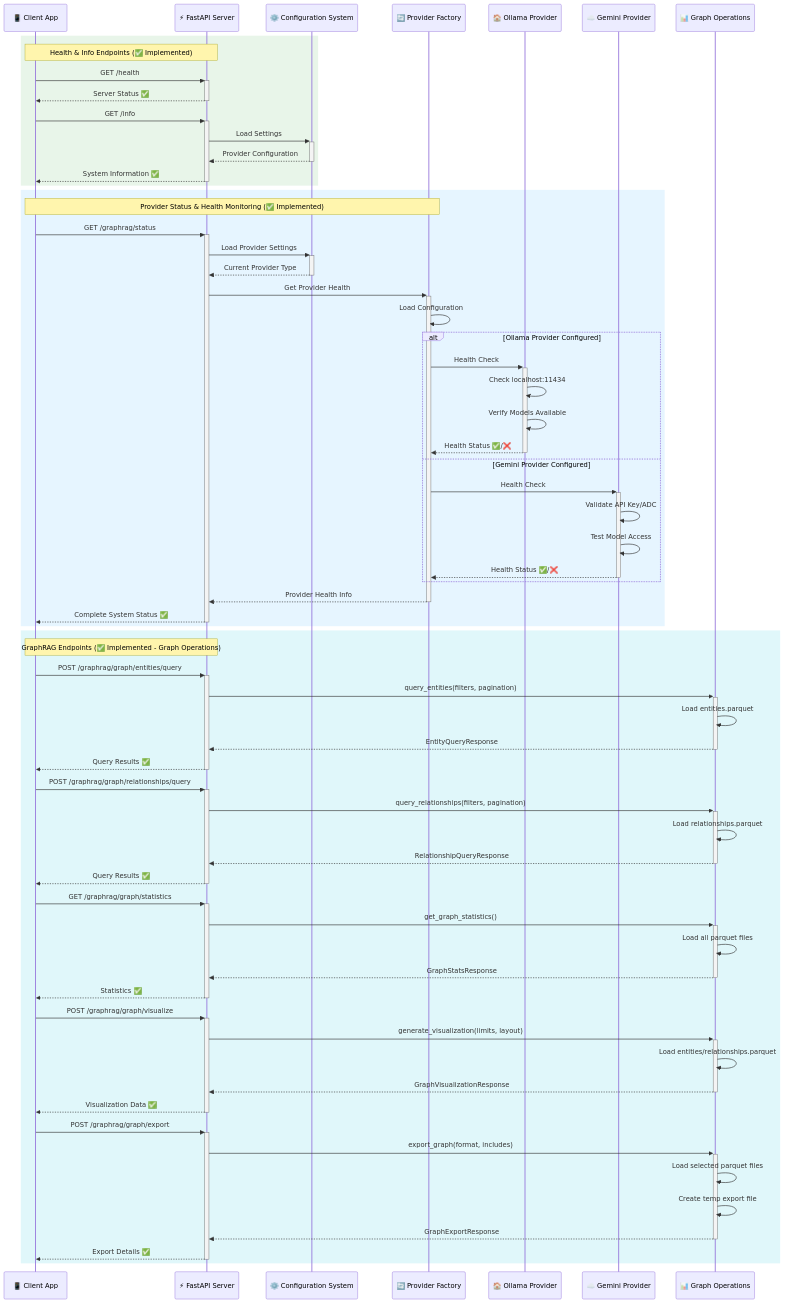
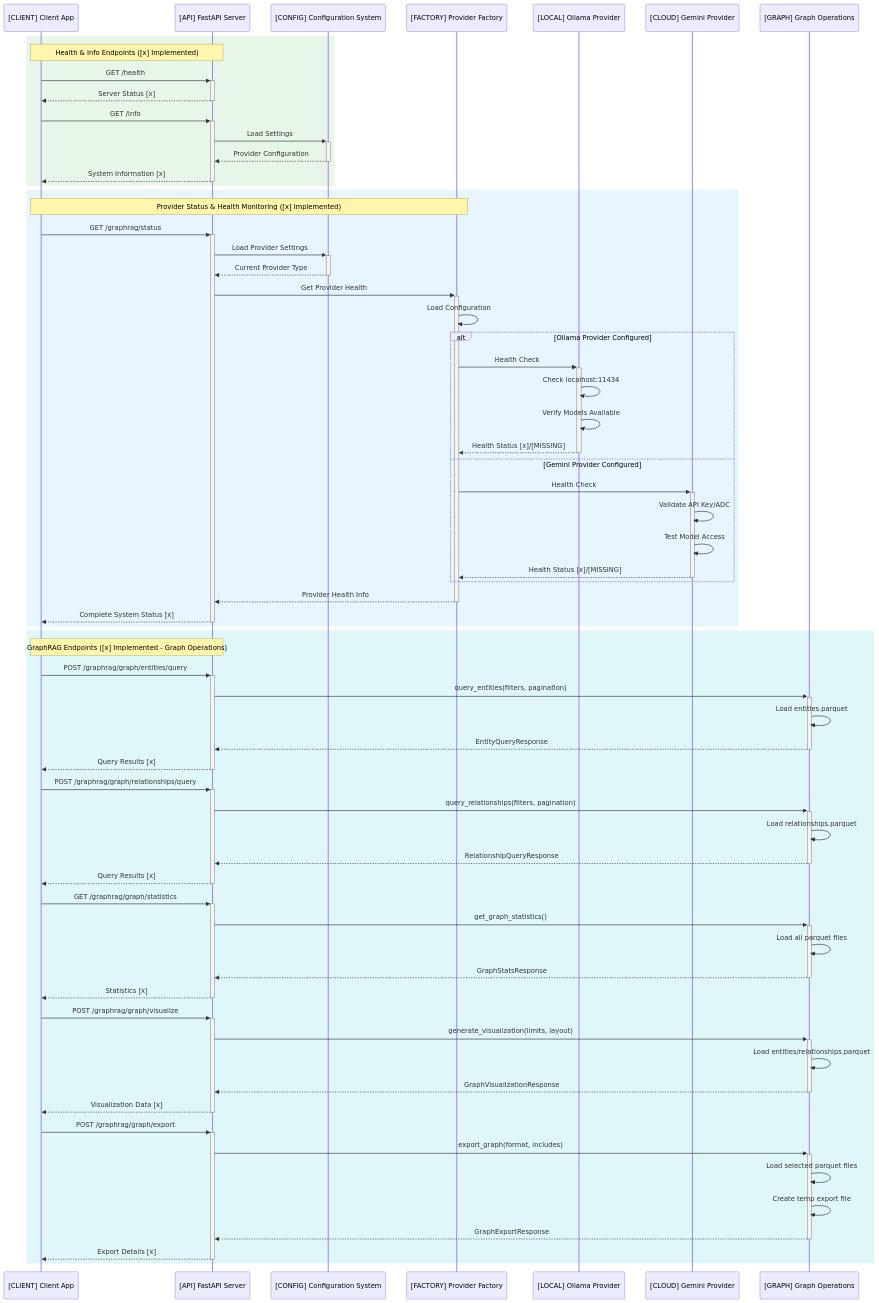
Before and after one commit to pierregrothe/graphrag-api: the second of 3 diagrams in README.md, drawn with Mermaid. The commit also changed other lines of this file and 6 other files, not shown here.

````diff
--- a/README.md
+++ b/README.md
@@ -178,80 +178,80 @@
 ```mermaid
 sequenceDiagram
-    participant Client as 📱 Client App
-    participant API as ⚡ FastAPI Server
-    participant Config as ⚙️ Configuration System
-    participant Factory as 🔄 Provider Factory
-    participant Ollama as 🏠 Ollama Provider
-    participant Gemini as ☁️ Gemini Provider
-    participant GraphOps as 📊 Graph Operations
+    participant Client as [CLIENT] Client App
+    participant API as [API] FastAPI Server
+    participant Config as [CONFIG] Configuration System
+    participant Factory as [FACTORY] Provider Factory
+    participant Ollama as [LOCAL] Ollama Provider
+    participant Gemini as [CLOUD] Gemini Provider
+    participant GraphOps as [GRAPH] Graph Operations
 
     rect rgb(232, 245, 233)
-        Note over Client,API: Health & Info Endpoints (✅ Implemented)
+        Note over Client,API: Health & Info Endpoints ([x] Implemented)
         Client->>+API: GET /health
-        API-->>-Client: Server Status ✅
+        API-->>-Client: Server Status [x]
 
         Client->>+API: GET /info
         API->>+Config: Load Settings
         Config-->>-API: Provider Configuration
-        API-->>-Client: System Information ✅
+        API-->>-Client: System Information [x]
     end
 
     rect rgb(230, 245, 255)
-        Note over Client,Factory: Provider Status & Health Monitoring (✅ Implemented)
+        Note over Client,Factory: Provider Status & Health Monitoring ([x] Implemented)
         Client->>+API: GET /graphrag/status
         API->>+Config: Load Provider Settings
         Config-->>-API: Current Provider Type
 
         API->>+Factory: Get Provider Health
         Factory->>Factory: Load Configuration
 
         alt Ollama Provider Configured
             Factory->>+Ollama: Health Check
             Ollama->>Ollama: Check localhost:11434
             Ollama->>Ollama: Verify Models Available
-            Ollama-->>-Factory: Health Status ✅/❌
+            Ollama-->>-Factory: Health Status [x]/[MISSING]
         else Gemini Provider Configured
             Factory->>+Gemini: Health Check
             Gemini->>Gemini: Validate API Key/ADC
             Gemini->>Gemini: Test Model Access
-            Gemini-->>-Factory: Health Status ✅/❌
+            Gemini-->>-Factory: Health Status [x]/[MISSING]
         end
 
         Factory-->>-API: Provider Health Info
-        API-->>-Client: Complete System Status ✅
+        API-->>-Client: Complete System Status [x]
     end
 
     rect rgb(224, 247, 250)
-        Note over Client,API: GraphRAG Endpoints (✅ Implemented - Graph Operations)
+        Note over Client,API: GraphRAG Endpoints ([x] Implemented - Graph Operations)
         Client->>+API: POST /graphrag/graph/entities/query
         API->>+GraphOps: query_entities(filters, pagination)
         GraphOps->>GraphOps: Load entities.parquet
         GraphOps-->>-API: EntityQueryResponse
-        API-->>-Client: Query Results ✅
+        API-->>-Client: Query Results [x]
 
         Client->>+API: POST /graphrag/graph/relationships/query
         API->>+GraphOps: query_relationships(filters, pagination)
         GraphOps->>GraphOps: Load relationships.parquet
         GraphOps-->>-API: RelationshipQueryResponse
-        API-->>-Client: Query Results ✅
+        API-->>-Client: Query Results [x]
 
         Client->>+API: GET /graphrag/graph/statistics
         API->>+GraphOps: get_graph_statistics()
         GraphOps->>GraphOps: Load all parquet files
         GraphOps-->>-API: GraphStatsResponse
-        API-->>-Client: Statistics ✅
+        API-->>-Client: Statistics [x]
 
         Client->>+API: POST /graphrag/graph/visualize
         API->>+GraphOps: generate_visualization(limits, layout)
         GraphOps->>GraphOps: Load entities/relationships.parquet
         GraphOps-->>-API: GraphVisualizationResponse
-        API-->>-Client: Visualization Data ✅
+        API-->>-Client: Visualization Data [x]
 
         Client->>+API: POST /graphrag/graph/export
         API->>+GraphOps: export_graph(format, includes)
         GraphOps->>GraphOps: Load selected parquet files
         GraphOps->>GraphOps: Create temp export file
         GraphOps-->>-API: GraphExportResponse
-        API-->>-Client: Export Details ✅
+        API-->>-Client: Export Details [x]
     end
 ```
````
